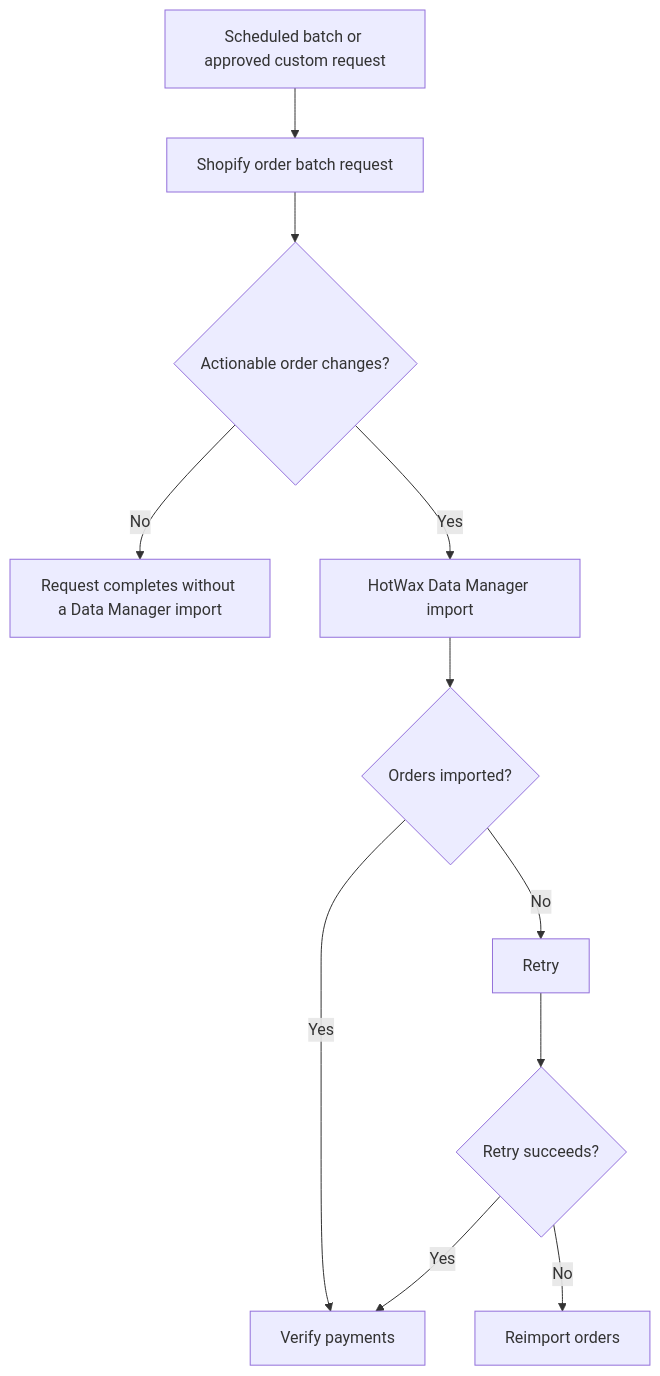
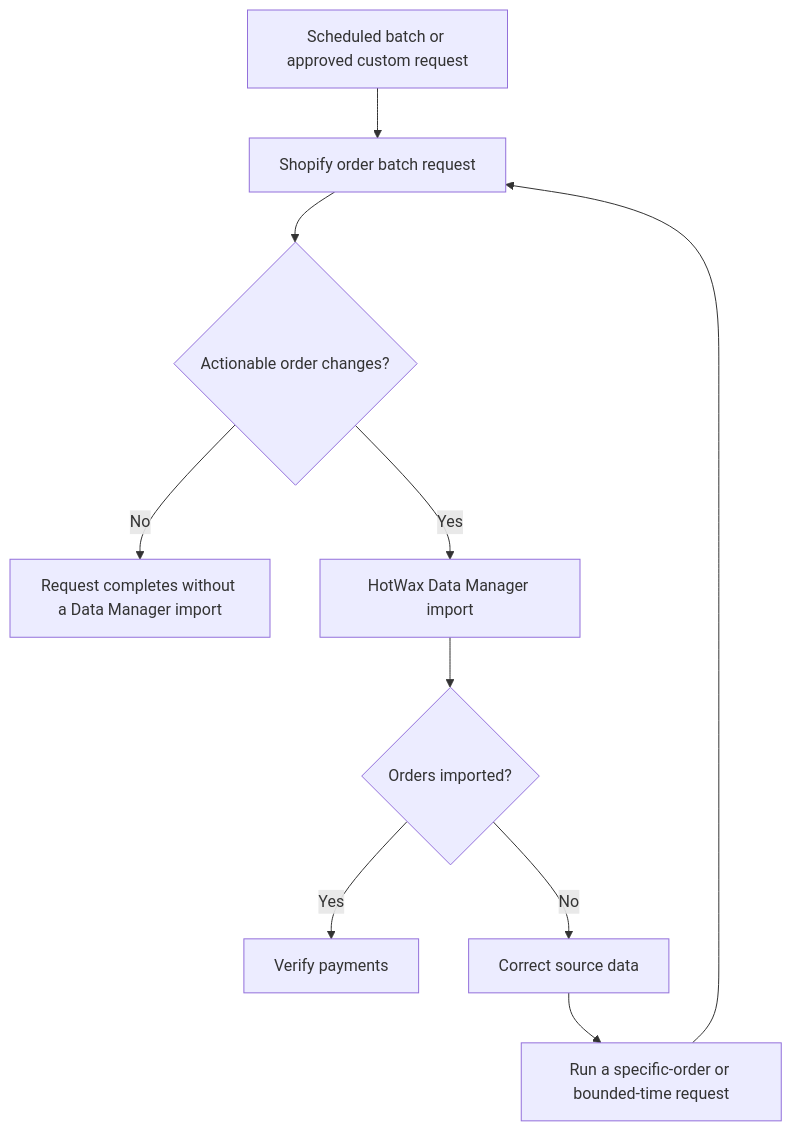
Before and after one commit to hotwax/oms-documentation: the diagram in documents/system-admin/administration/company/manage-shopify-order-sync.md, drawn with Mermaid.

Commit message:
docs: align order recovery diagram with procedure

````diff
--- a/documents/system-admin/administration/company/manage-shopify-order-sync.md
+++ b/documents/system-admin/administration/company/manage-shopify-order-sync.md
@@ -44,13 +44,12 @@
 ```mermaid
 flowchart TD
     trigger["Scheduled batch or approved custom request"] --> request["Shopify order batch request"]
     request --> changes{"Actionable order changes?"}
     changes -- "No" --> complete["Request completes without a Data Manager import"]
     changes -- "Yes" --> import["HotWax Data Manager import"]
     import --> imported{"Orders imported?"}
     imported -- "Yes" --> payment["Verify payments"]
-    imported -- "No" --> retry["Retry"]
-    retry --> retried{"Retry succeeds?"}
-    retried -- "Yes" --> payment
-    retried -- "No" --> reimport["Reimport orders"]
+    imported -- "No" --> correct["Correct source data"]
+    correct --> scopedRequest["Run a specific-order or bounded-time request"]
+    scopedRequest --> request
 ```
````
